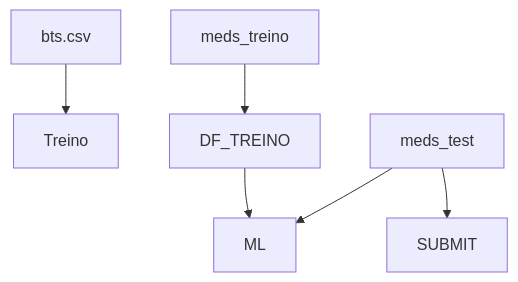
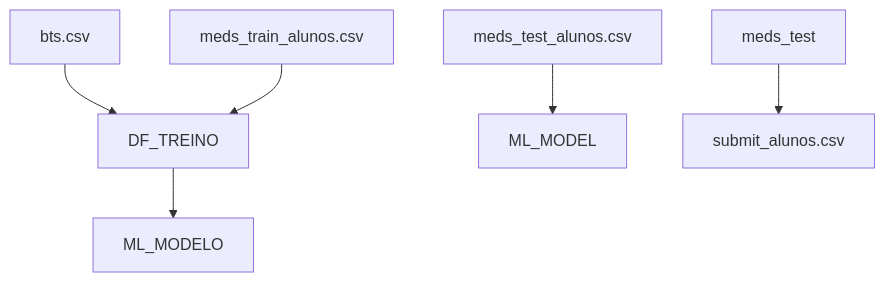
Before and after one commit to timotrob/PComLocDados: the diagram in README.md, drawn with Mermaid.

````diff
--- a/README.md
+++ b/README.md
@@ -89,8 +89,8 @@
 ```mermaid
 graph TD;
-    bts.csv-->Treino;
-    meds_treino-->DF_TREINO;
-     DF_TREINO-->ML;
-     meds_test-->ML;
-    meds_test-->SUBMIT;
+    bts.csv-->DF_TREINO;
+     meds_train_alunos.csv-->DF_TREINO;
+     DF_TREINO-->ML_MODELO;
+     meds_test_alunos.csv-->ML_MODEL;
+    meds_test-->submit_alunos.csv;
 ```
````
